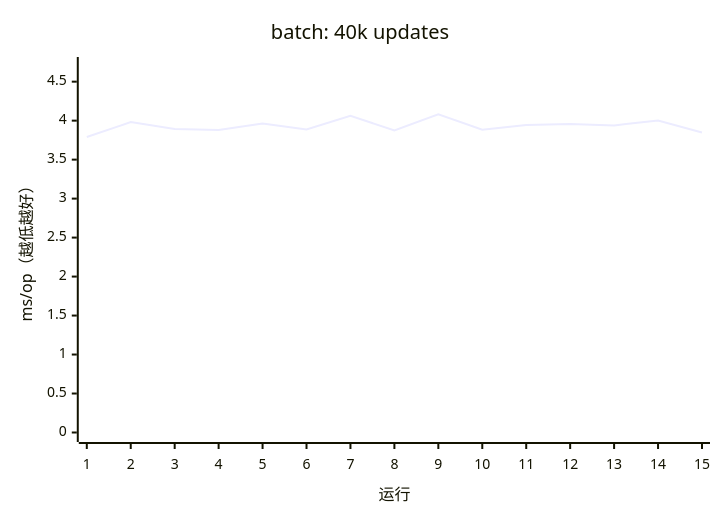
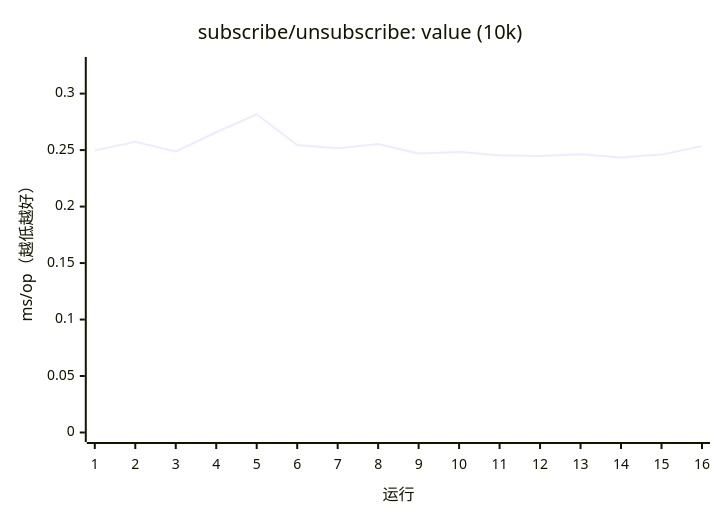
Diagram 17 of 17 in apps/docs/src/content/docs/guides/benchmark.mdx (AIluffy/io), drawn with Mermaid before and after one commit. The commit also changed other lines of this file and 25 other files, not shown here.

````diff
--- a/apps/docs/src/content/docs/guides/benchmark.mdx
+++ b/apps/docs/src/content/docs/guides/benchmark.mdx
@@ -419,7 +418,7 @@
 ```mermaid
 xychart-beta
-  title "batch: 40k updates"
-  x-axis "运行" [1, 2, 3, 4, 5, 6, 7, 8, 9, 10, 11, 12, 13, 14, 15]
-  y-axis "ms/op（越低越好）" 0 --> 4.6945
-  line [3.7899, 3.981, 3.8937, 3.8797, 3.9636, 3.8868, 4.0624, 3.8737, 4.0822, 3.883, 3.9448, 3.958, 3.9387, 4.0018, 3.8479]
+  title "subscribe/unsubscribe: value (10k)"
+  x-axis "运行" [1, 2, 3, 4, 5, 6, 7, 8, 9, 10, 11, 12, 13, 14, 15, 16]
+  y-axis "ms/op（越低越好）" 0 --> 0.324
+  line [0.2496, 0.2574, 0.2488, 0.2658, 0.2817, 0.2544, 0.2517, 0.2553, 0.2469, 0.2484, 0.2455, 0.2448, 0.2463, 0.2435, 0.246, 0.2535]
 ```
````
